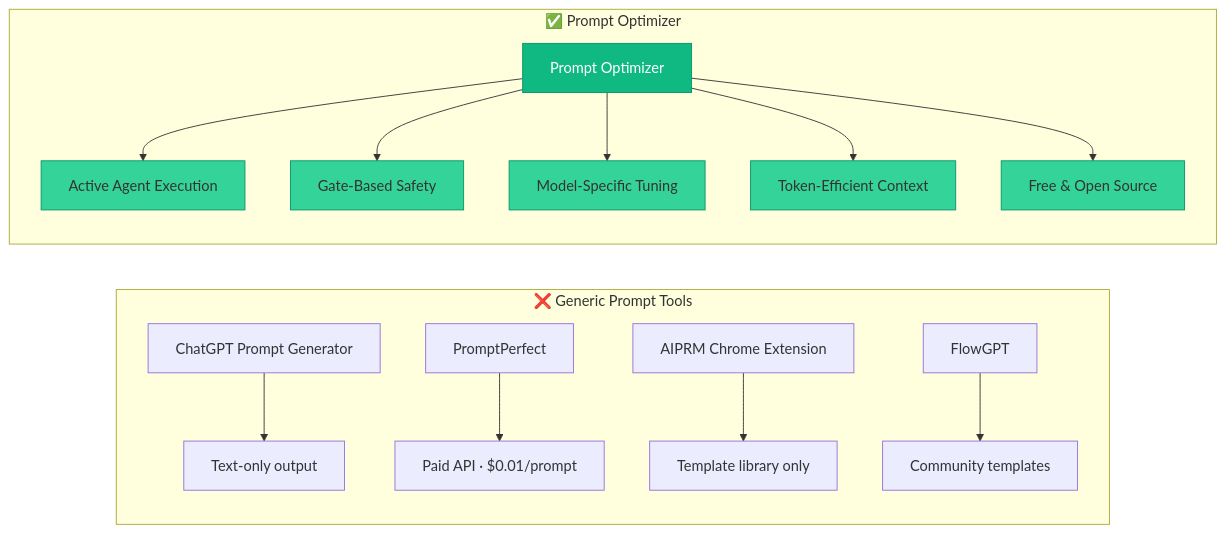
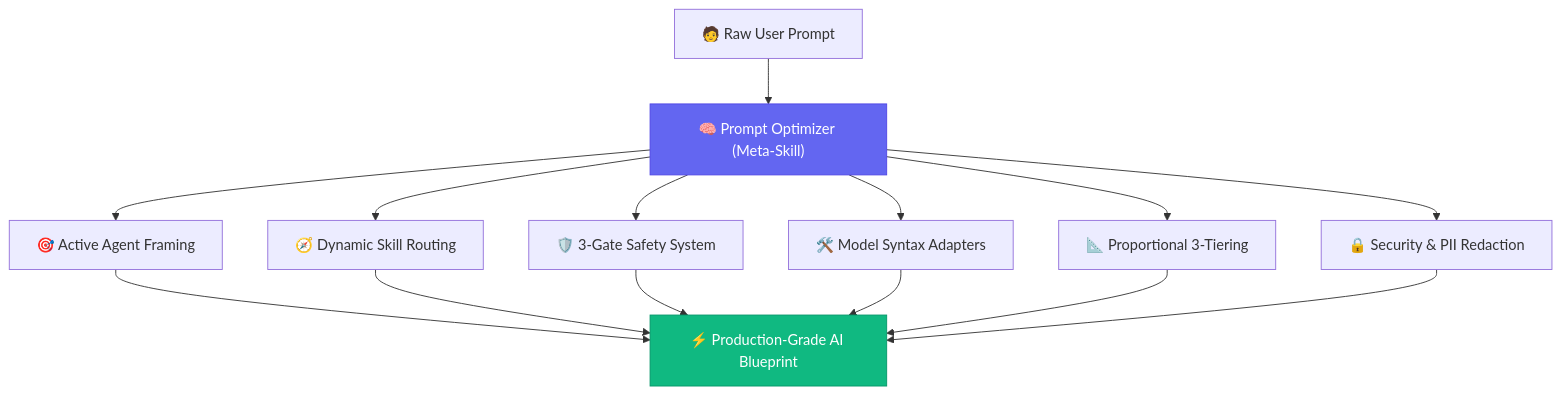
The first of 3 diagrams in README.md (mhammed2008/prompt-optimizer), drawn with Mermaid before and after one commit. The commit also changed other lines of this file, not shown here.

Commit message:
docs: overhaul README.md to professional executive standards showcasing v10 Meta-Skill capabilities

````diff
--- a/README.md
+++ b/README.md
@@ -82,24 +27,21 @@
 ```mermaid
-graph LR
-    subgraph "❌ Generic Prompt Tools"
-        A["ChatGPT Prompt Generator"] --> A1["Text-only output"]
-        B["PromptPerfect"] --> B1["Paid API · $0.01/prompt"]
-        C["AIPRM Chrome Extension"] --> C1["Template library only"]
-        D["FlowGPT"] --> D1["Community templates"]
-    end
+graph TD
+    A["🧑 Raw User Prompt"] --> PO["🧠 Prompt Optimizer (Meta-Skill)"]
+    
+    PO --> P1["🎯 Active Agent Framing"]
+    PO --> P2["🧭 Dynamic Skill Routing"]
+    PO --> P3["🛡️ 3-Gate Safety System"]
+    PO --> P4["🛠️ Model Syntax Adapters"]
+    PO --> P5["📐 Proportional 3-Tiering"]
+    PO --> P6["🔒 Security & PII Redaction"]
 
-    subgraph "✅ Prompt Optimizer"
-        E["Prompt Optimizer"] --> E1["Active Agent Execution"]
-        E --> E2["Gate-Based Safety"]
-        E --> E3["Model-Specific Tuning"]
-        E --> E4["Token-Efficient Context"]
-        E --> E5["Free & Open Source"]
-    end
+    P1 --> OUT["⚡ Production-Grade AI Blueprint"]
+    P2 --> OUT
+    P3 --> OUT
+    P4 --> OUT
+    P5 --> OUT
+    P6 --> OUT
 
-    style E fill:#10b981,stroke:#059669,color:#fff
-    style E1 fill:#34d399,stroke:#059669
-    style E2 fill:#34d399,stroke:#059669
-    style E3 fill:#34d399,stroke:#059669
-    style E4 fill:#34d399,stroke:#059669
-    style E5 fill:#34d399,stroke:#059669
+    style PO fill:#6366f1,stroke:#4f46e5,color:#fff
+    style OUT fill:#10b981,stroke:#059669,color:#fff
 ```
````
